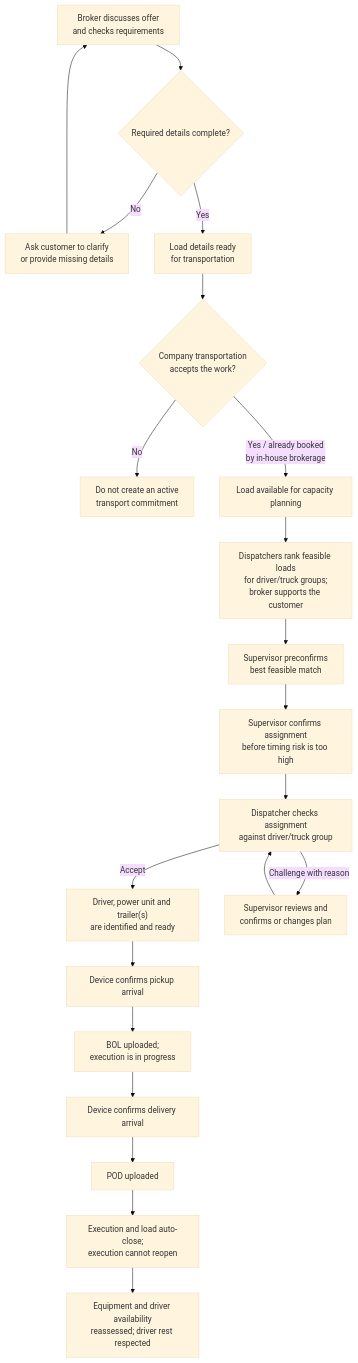
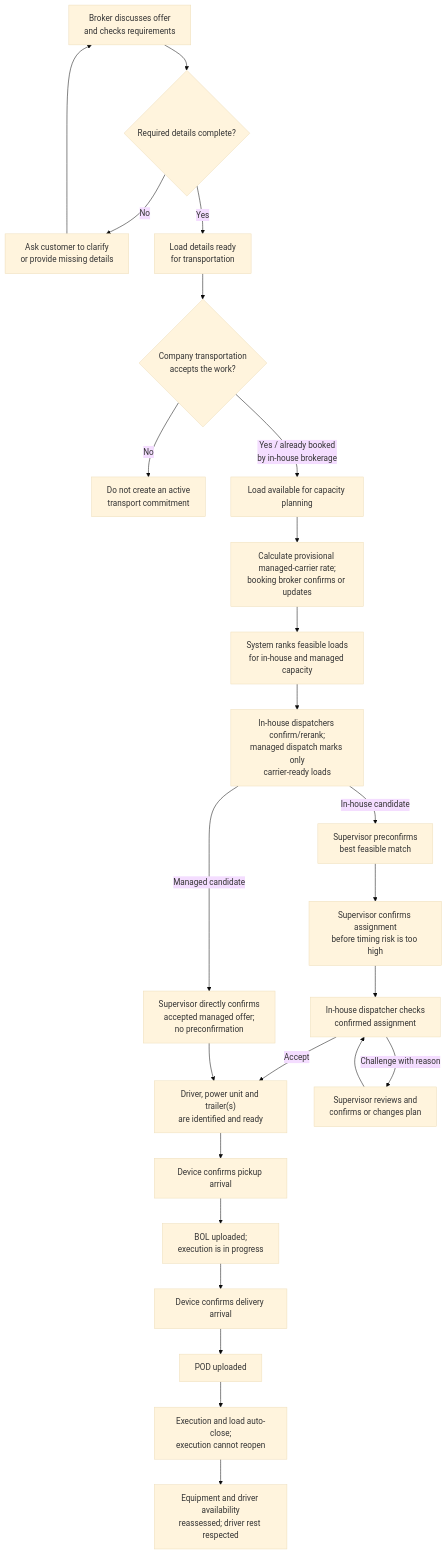
Before and after one commit to funnyMans/Node.js_Boilerplate: the third of 3 diagrams in docs/trucking/WORKFLOW.md, drawn with Mermaid (base theme). The commit also changed other lines of this file and 5 other files, not shown here.

````diff
--- a/docs/trucking/WORKFLOW.md
+++ b/docs/trucking/WORKFLOW.md
@@ -97,23 +127,27 @@
 ```mermaid
 flowchart TD
     Offer["Broker discusses offer<br/>and checks requirements"] --> Complete{"Required details complete?"}
     Complete -->|No| Clarify["Ask customer to clarify<br/>or provide missing details"]
     Clarify --> Offer
     Complete -->|Yes| Ready["Load details ready<br/>for transportation"]
     Ready --> Accepted{"Company transportation<br/>accepts the work?"}
     Accepted -->|No| Declined["Do not create an active<br/>transport commitment"]
     Accepted -->|Yes / already booked<br/>by in-house brokerage| Queue["Load available for capacity planning"]
-    Queue --> Plan["Dispatchers rank feasible loads<br/>for driver/truck groups;<br/>broker supports the customer"]
-    Plan --> Preconfirm["Supervisor preconfirms<br/>best feasible match"]
+    Queue --> Rate["Calculate provisional managed-carrier rate;<br/>booking broker confirms or updates"]
+    Rate --> Plan["System ranks feasible loads<br/>for in-house and managed capacity"]
+    Plan --> DispatchReview["In-house dispatchers confirm/rerank;<br/>managed dispatch marks only<br/>carrier-ready loads"]
+    DispatchReview -->|In-house candidate| Preconfirm["Supervisor preconfirms<br/>best feasible match"]
     Preconfirm --> Confirm["Supervisor confirms assignment<br/>before timing risk is too high"]
-    Confirm --> DispatchReview["Dispatcher checks assignment<br/>against driver/truck group"]
-    DispatchReview -->|Accept| ReadyExec["Driver, power unit and trailer(s)<br/>are identified and ready"]
-    DispatchReview -->|Challenge with reason| Revisit["Supervisor reviews and<br/>confirms or changes plan"]
-    Revisit --> DispatchReview
+    Confirm --> AssignmentCheck["In-house dispatcher checks<br/>confirmed assignment"]
+    AssignmentCheck -->|Accept| ReadyExec["Driver, power unit and trailer(s)<br/>are identified and ready"]
+    AssignmentCheck -->|Challenge with reason| Revisit["Supervisor reviews and<br/>confirms or changes plan"]
+    Revisit --> AssignmentCheck
+    DispatchReview -->|Managed candidate| ManagedConfirm["Supervisor directly confirms<br/>accepted managed offer;<br/>no preconfirmation"]
+    ManagedConfirm --> ReadyExec
     ReadyExec --> Pickup["Device confirms pickup arrival"]
     Pickup --> InTransit["BOL uploaded;<br/>execution is in progress"]
     InTransit --> Delivery["Device confirms delivery arrival"]
     Delivery --> POD["POD uploaded"]
     POD --> Close["Execution and load auto-close;<br/>execution cannot reopen"]
     Close --> Availability["Equipment and driver availability<br/>reassessed; driver rest respected"]
 ```
````
